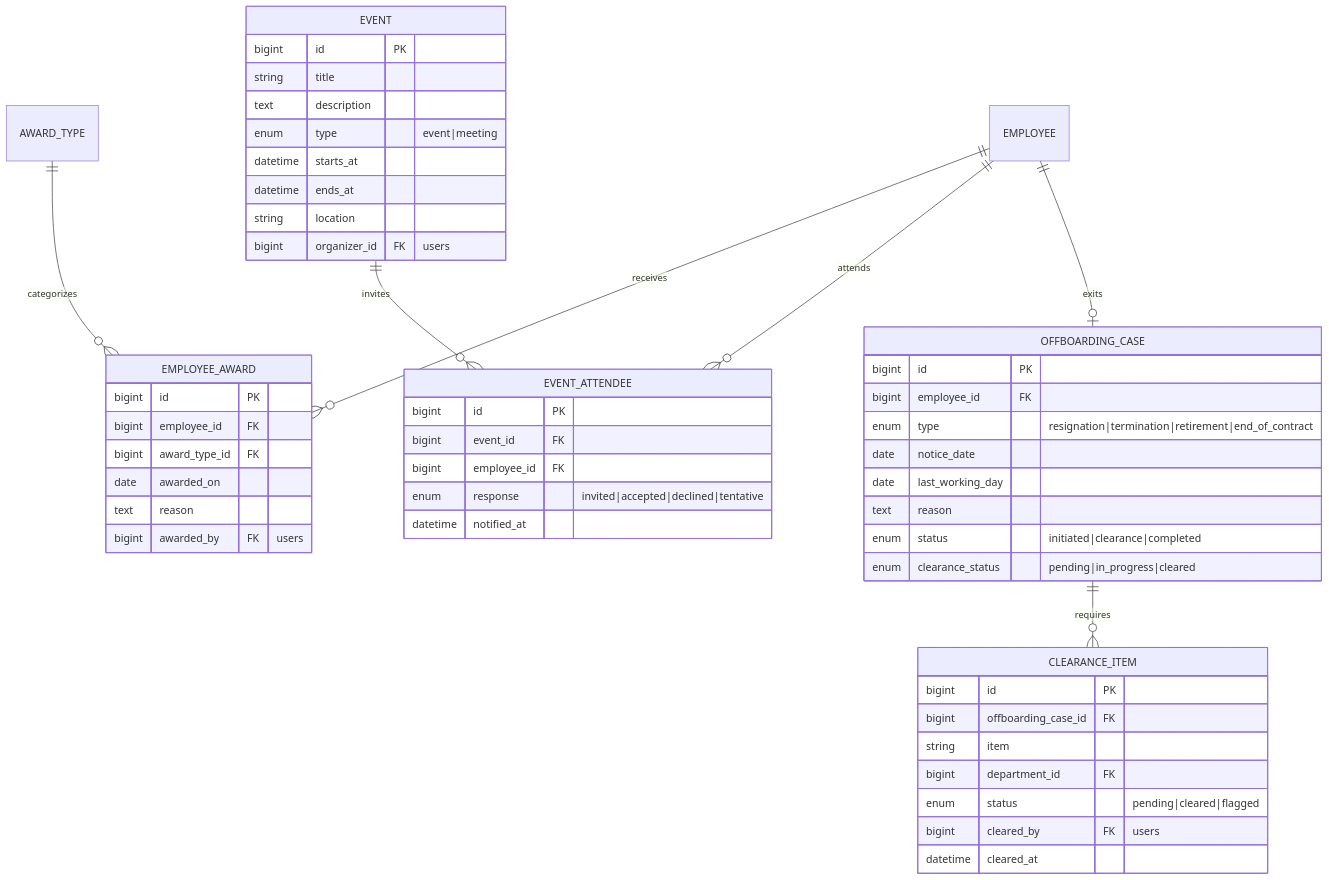
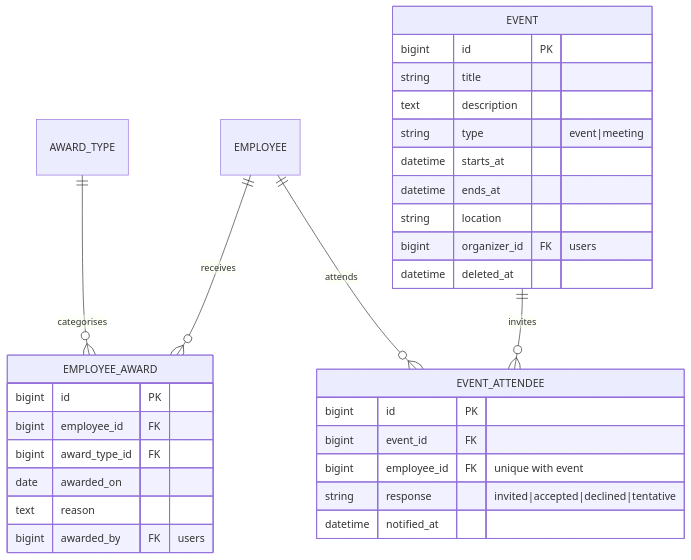
One commit to earlkian8/synapse changed the tenth of 12 diagrams in docs/database/erd.md. Above: the diagram before and after it, drawn with Mermaid. The commit also changed other lines of this file and 17 other files, not shown here.

````diff
--- a/docs/database/erd.md
+++ b/docs/database/erd.md
@@ -748,54 +1041,34 @@
 ```mermaid
 erDiagram
     EMPLOYEE ||--o{ EMPLOYEE_AWARD : receives
-    AWARD_TYPE ||--o{ EMPLOYEE_AWARD : categorizes
+    AWARD_TYPE ||--o{ EMPLOYEE_AWARD : categorises
     EVENT ||--o{ EVENT_ATTENDEE : invites
     EMPLOYEE ||--o{ EVENT_ATTENDEE : attends
-    EMPLOYEE ||--o| OFFBOARDING_CASE : exits
-    OFFBOARDING_CASE ||--o{ CLEARANCE_ITEM : requires
 
     EMPLOYEE_AWARD {
         bigint id PK
         bigint employee_id FK
         bigint award_type_id FK
         date awarded_on
         text reason
         bigint awarded_by FK "users"
     }
     EVENT {
         bigint id PK
         string title
         text description
-        enum type "event|meeting"
+        string type "event|meeting"
         datetime starts_at
         datetime ends_at
         string location
         bigint organizer_id FK "users"
+        datetime deleted_at
     }
     EVENT_ATTENDEE {
         bigint id PK
         bigint event_id FK
-        bigint employee_id FK
-        enum response "invited|accepted|declined|tentative"
+        bigint employee_id FK "unique with event"
+        string response "invited|accepted|declined|tentative"
         datetime notified_at
     }
-    OFFBOARDING_CASE {
-        bigint id PK
-        bigint employee_id FK
-        enum type "resignation|termination|retirement|end_of_contract"
-        date notice_date
-        date last_working_day
-        text reason
-        enum status "initiated|clearance|completed"
-        enum clearance_status "pending|in_progress|cleared"
-    }
-    CLEARANCE_ITEM {
-        bigint id PK
-        bigint offboarding_case_id FK
-        string item
-        bigint department_id FK
-        enum status "pending|cleared|flagged"
-        bigint cleared_by FK "users"
-        datetime cleared_at
-    }
 ```
````
